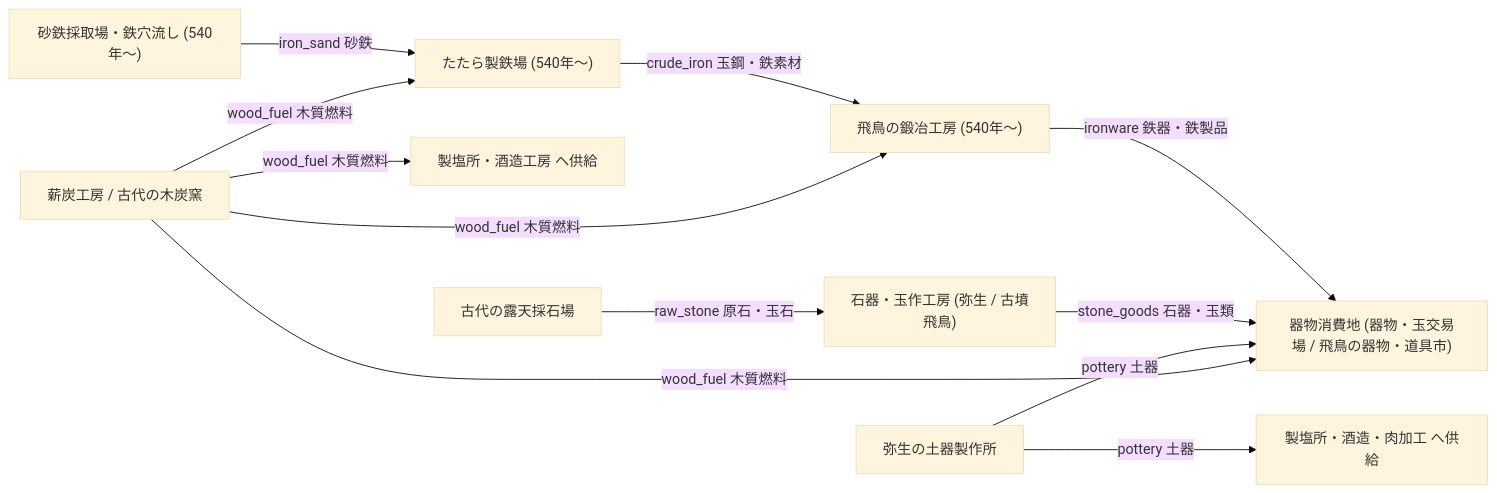
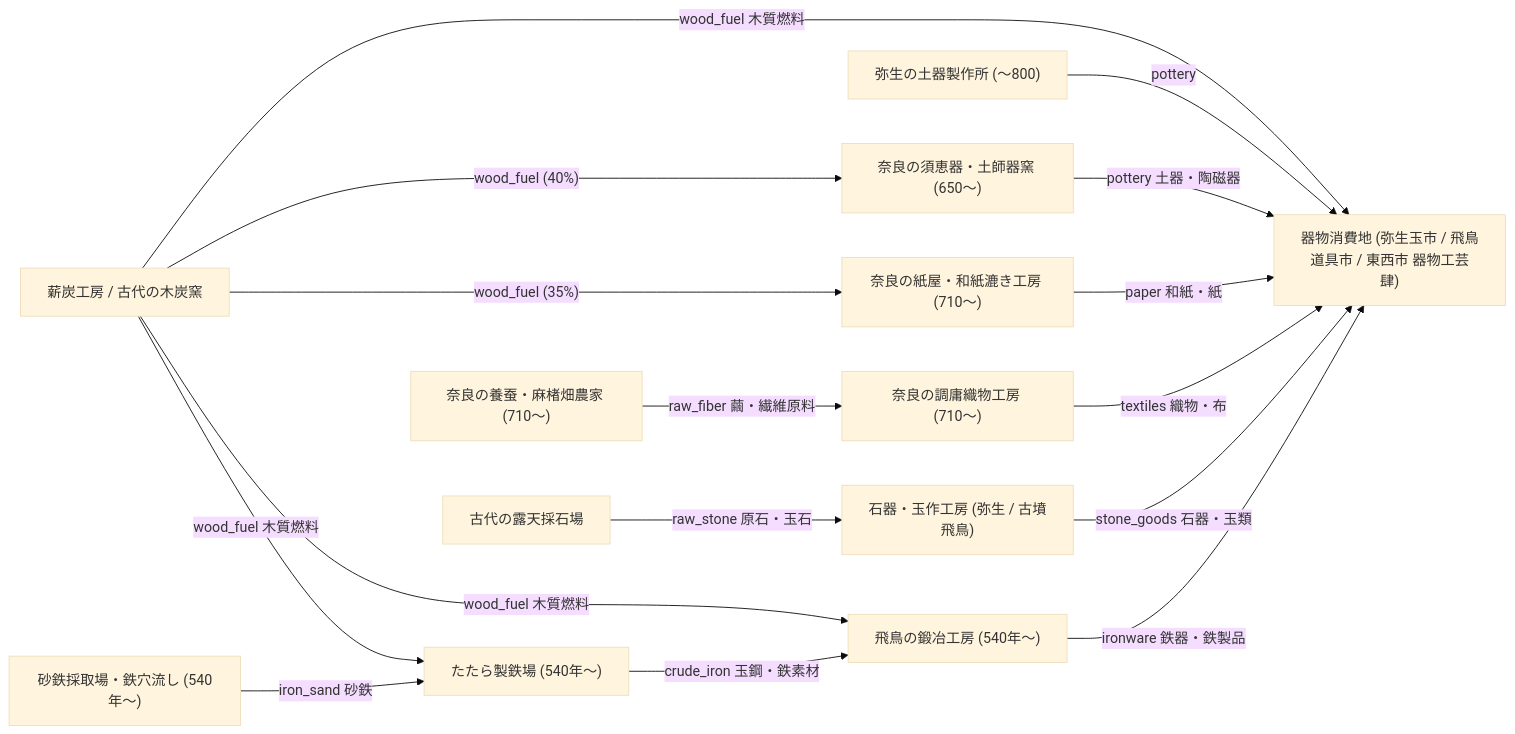
The second of 2 diagrams in 産業チェーンまとめ.md (Phystam/pak128-jp-historical-addons), drawn with Mermaid (base theme) before and after one commit. The commit also changed other lines of this file and 514 other files, not shown here.

````diff
--- a/産業チェーンまとめ.md
+++ b/産業チェーンまとめ.md
@@ -63,17 +68,22 @@
 ```mermaid
 flowchart LR
-  wood["薪炭工房 / 古代の木炭窯"] -->|"wood_fuel 木質燃料"| craft_mkt["器物消費地 (器物・玉交易場 / 飛鳥の器物・道具市)"]
+  wood["薪炭工房 / 古代の木炭窯"] -->|"wood_fuel 木質燃料"| craft_mkt["器物消費地 (弥生玉市 / 飛鳥道具市 / 東西市 器物工芸肆)"]
+  wood -->|"wood_fuel (40%)"| sueki["奈良の須恵器・土師器窯 (650〜)"]
+  wood -->|"wood_fuel (35%)"| washi["奈良の紙屋・和紙漉き工房 (710〜)"]
   wood -->|"wood_fuel 木質燃料"| tatara["たたら製鉄場 (540年〜)"]
   wood -->|"wood_fuel 木質燃料"| smith["飛鳥の鍛冶工房 (540年〜)"]
-  wood -->|"wood_fuel 木質燃料"| food_chain["製塩所・酒造工房 へ供給"]
 
-  doki["弥生の土器製作所"] -->|"pottery 土器"| craft_mkt
-  doki -->|"pottery 土器"| proc_chain["製塩所・酒造・肉加工 へ供給"]
+  doki["弥生の土器製作所 (〜800)"] -->|"pottery"| craft_mkt
+  sueki -->|"pottery 土器・陶磁器"| craft_mkt
+  washi -->|"paper 和紙・紙"| craft_mkt
+
+  fiber_farm["奈良の養蚕・麻楮畑農家 (710〜)"] -->|"raw_fiber 繭・繊維原料"| weave["奈良の調庸織物工房 (710〜)"]
+  weave -->|"textiles 織物・布"| craft_mkt
 
   quarry["古代の露天採石場"] -->|"raw_stone 原石・玉石"| jade["石器・玉作工房 (弥生 / 古墳飛鳥)"]
   jade -->|"stone_goods 石器・玉類"| craft_mkt
 
   sandpit["砂鉄採取場・鉄穴流し (540年〜)"] -->|"iron_sand 砂鉄"| tatara
   tatara -->|"crude_iron 玉鋼・鉄素材"| smith
   smith -->|"ironware 鉄器・鉄製品"| craft_mkt
 ```
````
